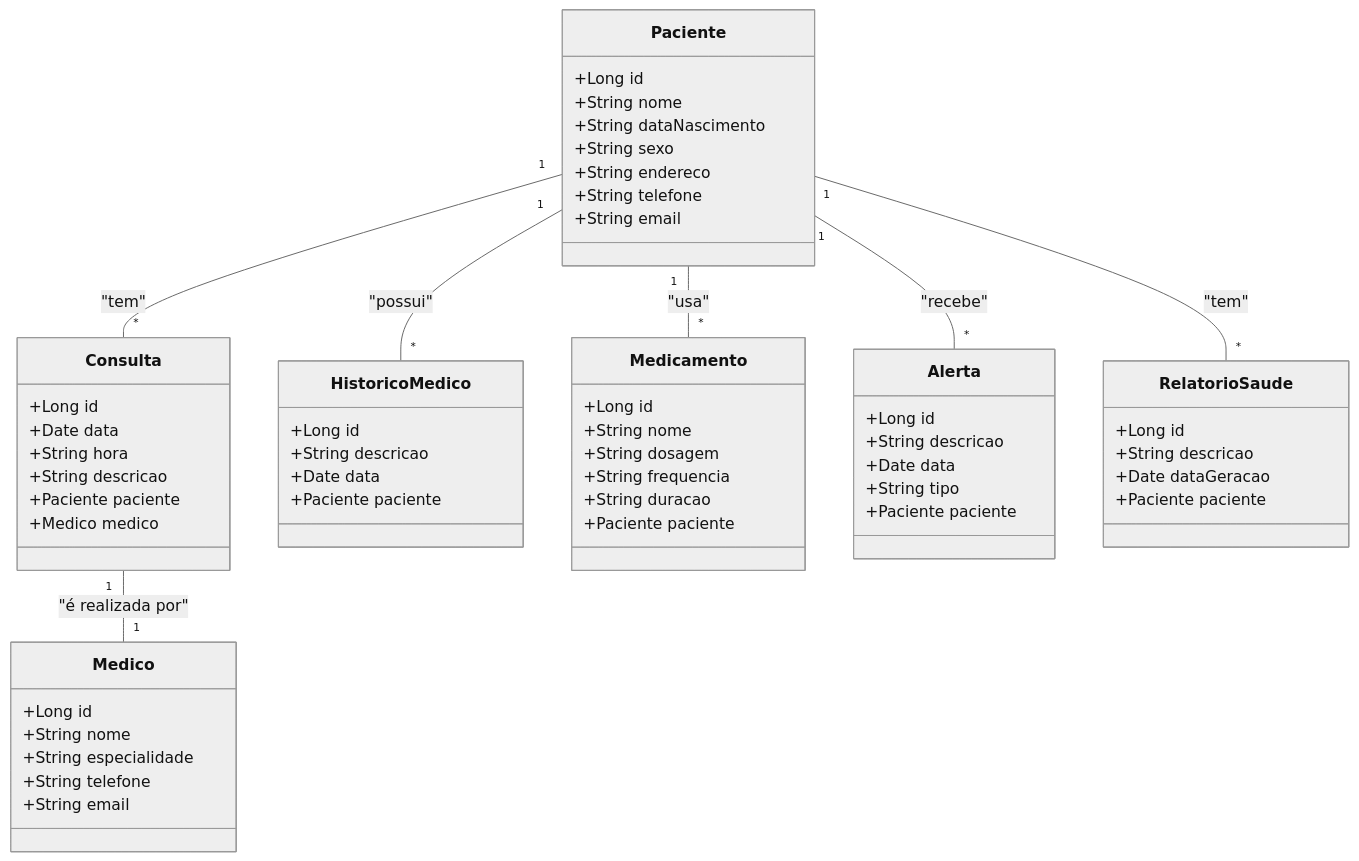
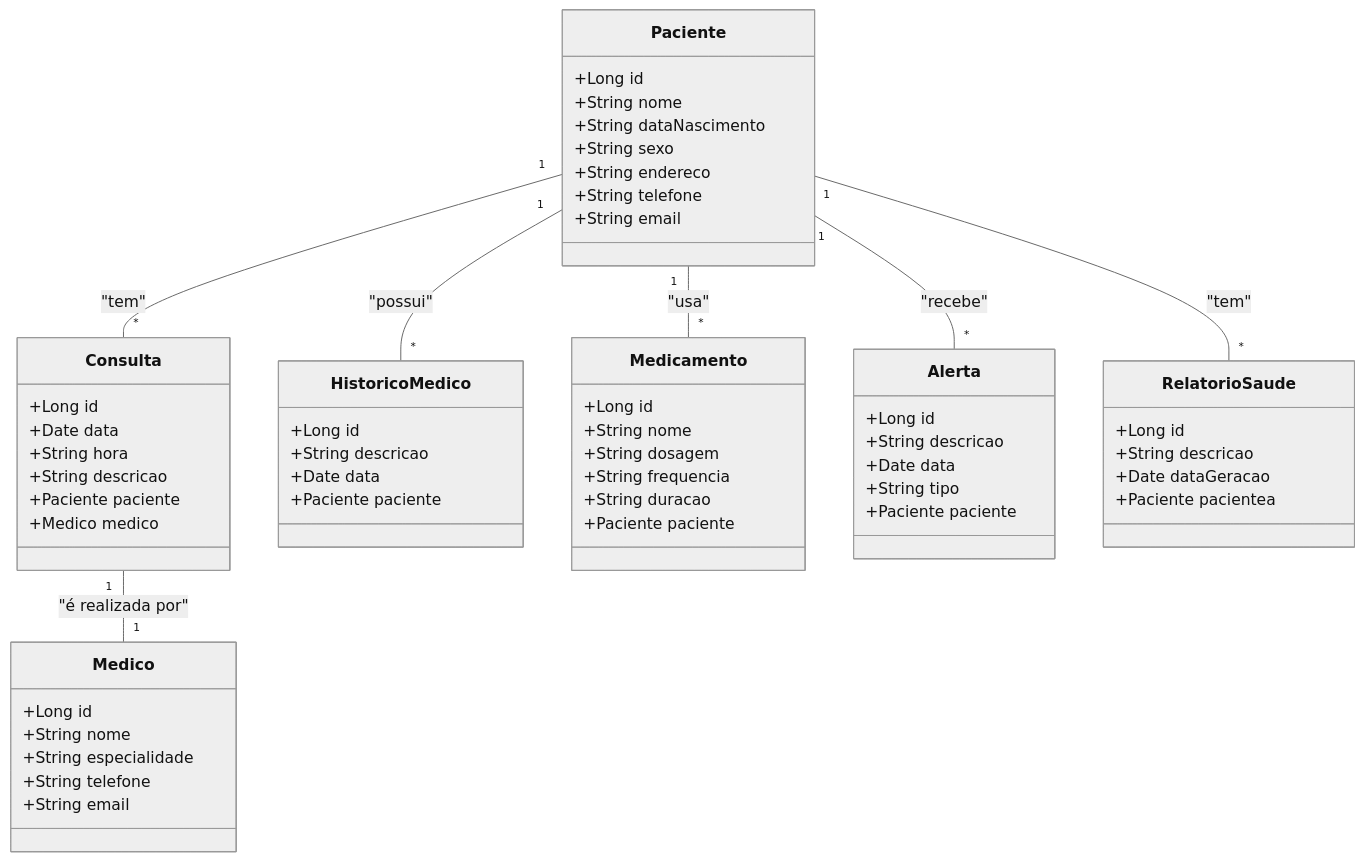
Before and after one commit to Kaua15/sms.dio: the diagram in README.md, drawn with Mermaid (neutral theme).

````diff
--- a/README.md
+++ b/README.md
@@ -10,67 +10,67 @@
 ```mermaid
 classDiagram
     class Paciente {
         +Long id
         +String nome
         +String dataNascimento
         +String sexo
         +String endereco
         +String telefone
         +String email
     }
 
     class Consulta {
         +Long id
         +Date data
         +String hora
         +String descricao
         +Paciente paciente
         +Medico medico
     }
 
     class Medico {
         +Long id
         +String nome
         +String especialidade
         +String telefone
         +String email
     }
 
     class HistoricoMedico {
         +Long id
         +String descricao
         +Date data
         +Paciente paciente
     }
 
     class Medicamento {
         +Long id
         +String nome
         +String dosagem
         +String frequencia
         +String duracao
         +Paciente paciente
     }
 
     class Alerta {
         +Long id
         +String descricao
         +Date data
         +String tipo
         +Paciente paciente
     }
 
     class RelatorioSaude {
         +Long id
         +String descricao
         +Date dataGeracao
-        +Paciente paciente
+        +Paciente pacientea
     }
 
     Paciente "1" -- "*" Consulta : "tem"
     Consulta "1" -- "1" Medico : "é realizada por"
     Paciente "1" -- "*" HistoricoMedico : "possui"
     Paciente "1" -- "*" Medicamento : "usa"
     Paciente "1" -- "*" Alerta : "recebe"
     Paciente "1" -- "*" RelatorioSaude : "tem"
 ```
````
